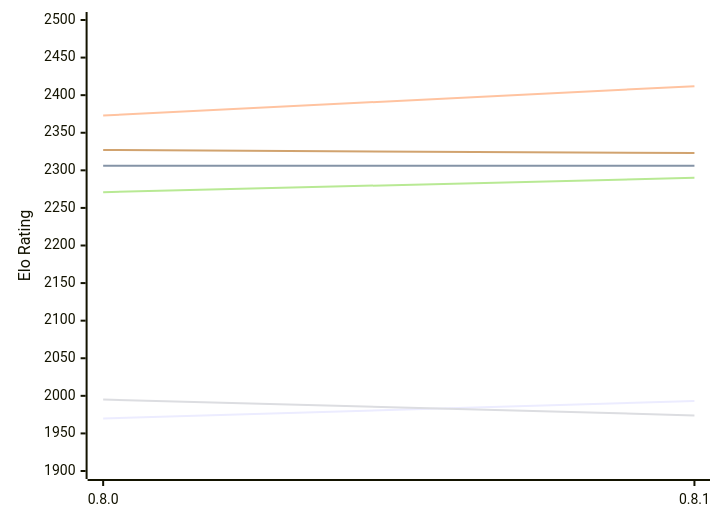
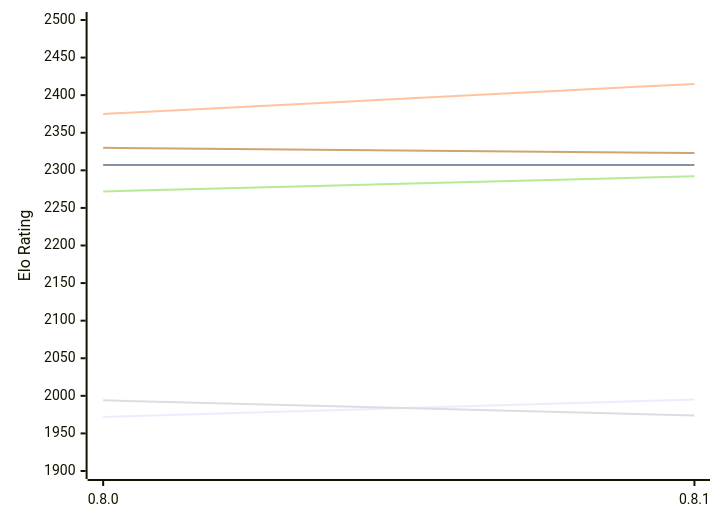
Before and after one commit to computer-chess-index/cci: the diagram in engines/LittleWing.md, drawn with Mermaid. The commit also changed other lines of this file, not shown here.

Commit message:
Update CCI Ratings (ELO VLTC) - 2026-11-19

````diff
--- a/engines/LittleWing.md
+++ b/engines/LittleWing.md
@@ -49,12 +49,12 @@
 ```mermaid
 %%{init: {"theme":"base","themeVariables":{"seriesColors:['#a3a3a3','#222221','#faa371']}}}%%
 xychart-beta
   x-axis ["0.8.0", "0.8.1"]
   y-axis "Elo Rating" 1900 --> 2500
-  line "E1: STC (8.0+0.08s)" [1970, 1993]
-  line "E1: LTC (60.0+0.60s)" [2306, 2306]
-  line "E1: VLTC (2m24s+1.12s)" [2373, 2412]
-  line "P1: STC (8.0+0.08s)" [1995, 1974]
-  line "P1: LTC (60.0+0.60s)" [2271, 2290]
-  line "P1: VLTC (2m24s+1.12s)" [2327, 2323]
+  line "E1: STC (8.0+0.08s)" [1972, 1995]
+  line "E1: LTC (60.0+0.60s)" [2307, 2307]
+  line "E1: VLTC (2m24s+1.12s)" [2375, 2415]
+  line "P1: STC (8.0+0.08s)" [1994, 1974]
+  line "P1: LTC (60.0+0.60s)" [2272, 2292]
+  line "P1: VLTC (2m24s+1.12s)" [2330, 2323]
 ```
````
